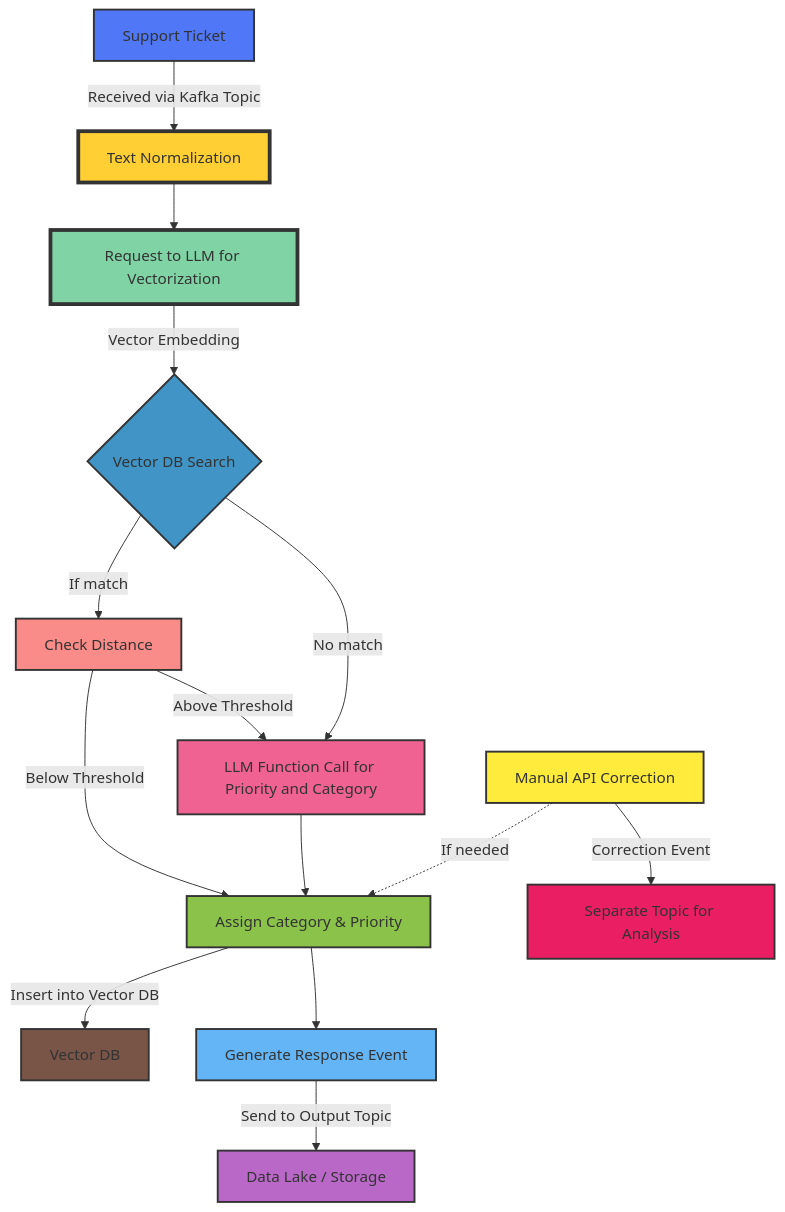
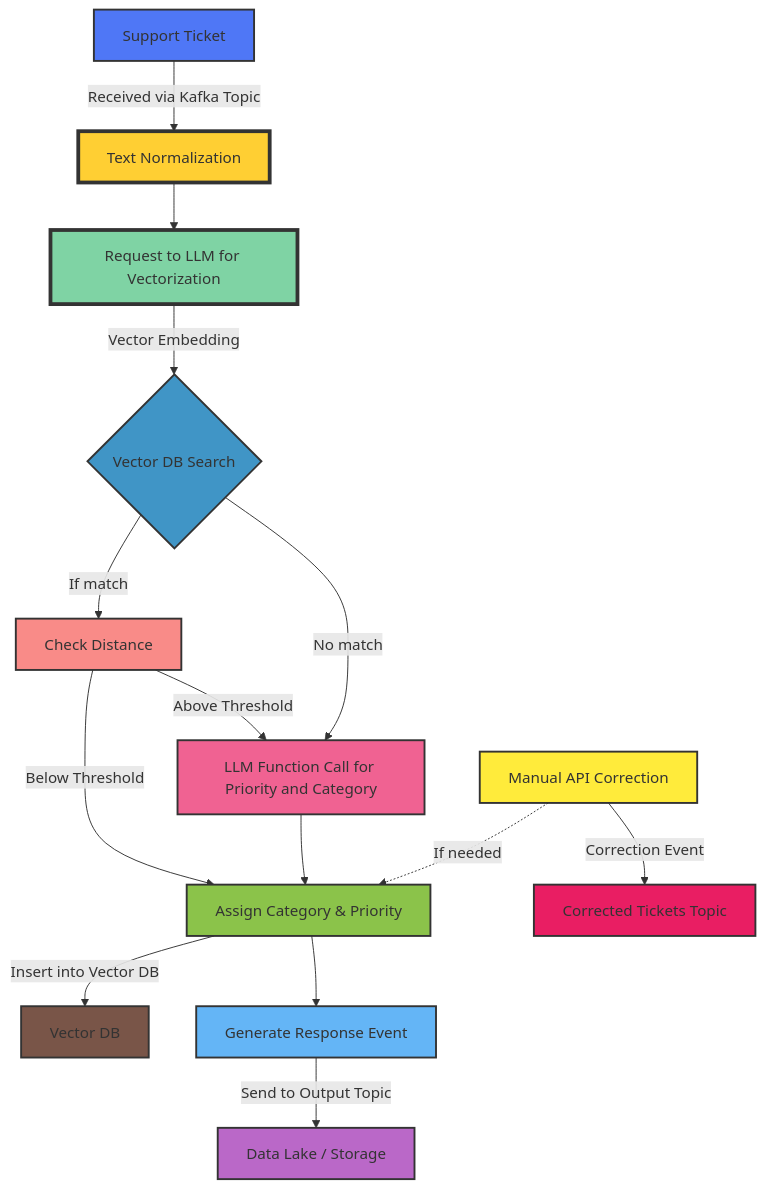
Before and after one commit to raisultan/pac: the diagram in readme.md, drawn with Mermaid.

Commit message:
reamde updated

````diff
--- a/readme.md
+++ b/readme.md
@@ -13,32 +13,32 @@
 ```mermaid
 flowchart TB
     A[Support Ticket] -->|Received via Kafka Topic| B[Text Normalization]
     B --> C[Request to LLM for Vectorization]
     C -->|Vector Embedding| D{Vector DB Search}
 
     D -->|If match| E[Check Distance]
     E -->|Below Threshold| F[Assign Category & Priority]
     E -->|Above Threshold| G[LLM Function Call for Priority and Category]
     G --> F
     D -->|No match| G
     
     F -->|Insert into Vector DB| H[Vector DB]
     F --> I[Generate Response Event]
     I -->|Send to Output Topic| J[Data Lake / Storage]
     
     K[Manual API Correction] -.->|If needed| F
-    K -->|Correction Event| L[Separate Topic for Analysis]
+    K -->|Correction Event| L[Corrected Tickets Topic]
 
     style A fill:#4f77f6,stroke:#333,stroke-width:2px
     style B fill:#ffcf33,stroke:#333,stroke-width:4px
     style C fill:#7fd3a4,stroke:#333,stroke-width:4px
     style D fill:#4095c6,stroke:#333,stroke-width:2px
     style E fill:#f98b88,stroke:#333,stroke-width:2px
     style F fill:#8bc34a,stroke:#333,stroke-width:2px
     style G fill:#f06292,stroke:#333,stroke-width:2px
     style H fill:#795548,stroke:#333,stroke-width:2px
     style I fill:#64b5f6,stroke:#333,stroke-width:2px
     style J fill:#ba68c8,stroke:#333,stroke-width:2px
     style K fill:#ffeb3b,stroke:#333,stroke-width:2px
     style L fill:#e91e63,stroke:#333,stroke-width:2px
 ```
````
